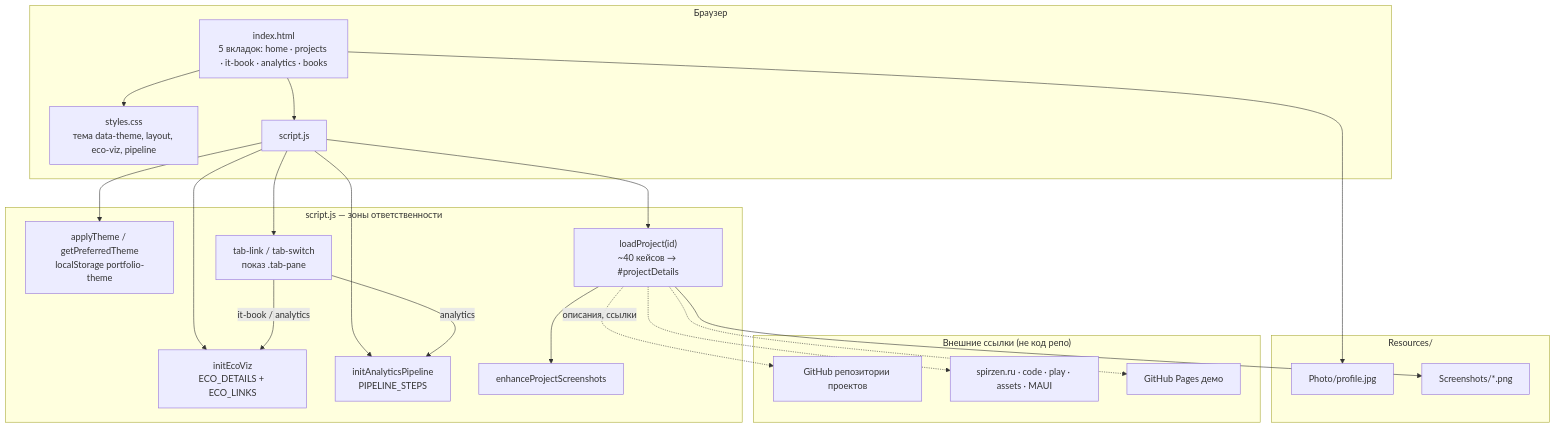
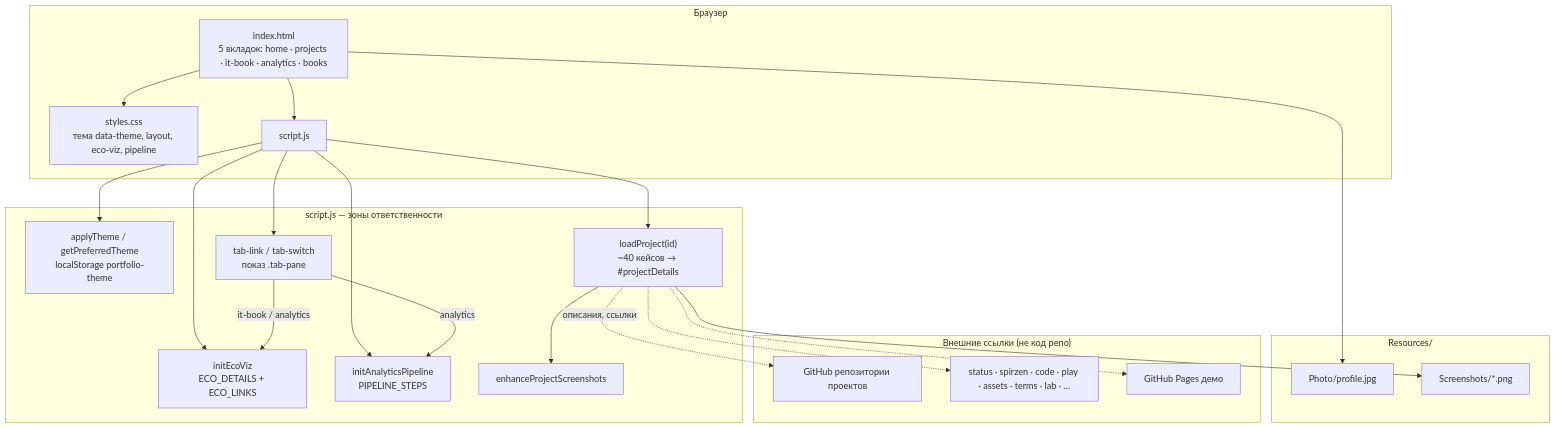
Before and after one commit to Spirzen/Spirzen.github.io: the diagram in README.md, drawn with Mermaid. The commit also changed other lines of this file and 3 other files, not shown here.

````diff
--- a/README.md
+++ b/README.md
@@ -25,44 +25,44 @@
 ```mermaid
 flowchart TB
     subgraph Browser["Браузер"]
         HTML["index.html<br/>5 вкладок: home · projects · it-book · analytics · books"]
         CSS["styles.css<br/>тема data-theme, layout, eco-viz, pipeline"]
         JS["script.js"]
     end
 
     subgraph Assets["Resources/"]
         Photo["Photo/profile.jpg"]
         Shots["Screenshots/*.png"]
     end
 
     subgraph JS_Modules["script.js — зоны ответственности"]
         Theme["applyTheme / getPreferredTheme<br/>localStorage portfolio-theme"]
         Tabs["tab-link / tab-switch<br/>показ .tab-pane"]
         Eco["initEcoViz<br/>ECO_DETAILS + ECO_LINKS"]
         Pipe["initAnalyticsPipeline<br/>PIPELINE_STEPS"]
         Projects["loadProject(id)<br/>~40 кейсов → #projectDetails"]
         Screens["enhanceProjectScreenshots"]
     end
 
     subgraph External["Внешние ссылки (не код репо)"]
         GH["GitHub репозитории проектов"]
-        Spirzen["spirzen.ru · code · play · assets · MAUI"]
+        Spirzen["status · spirzen · code · play · assets · terms · lab · …"]
         Demo["GitHub Pages демо"]
     end
 
     HTML --> CSS
     HTML --> JS
     JS --> Theme
     JS --> Tabs
     JS --> Eco
     JS --> Pipe
     JS --> Projects
     Projects --> Shots
     HTML --> Photo
     Projects -.->|описания, ссылки| GH
     Projects -.-> Spirzen
     Projects -.-> Demo
     Tabs -->|it-book / analytics| Eco
     Tabs -->|analytics| Pipe
     Projects --> Screens
 ```
````
